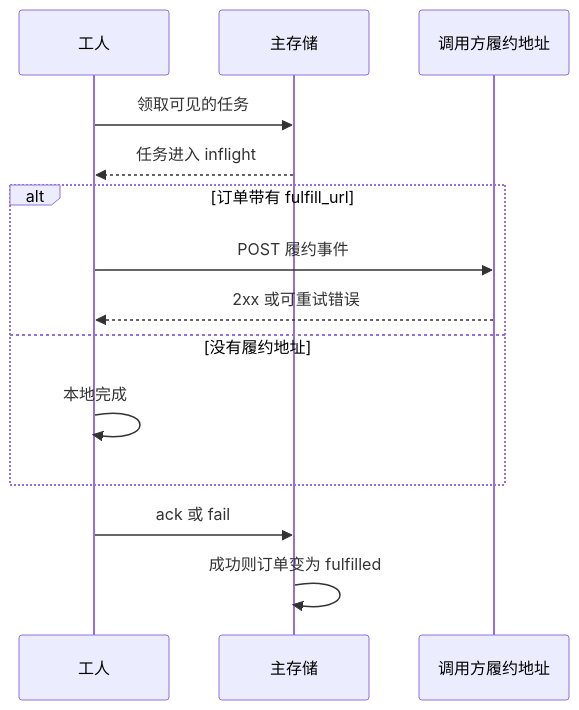
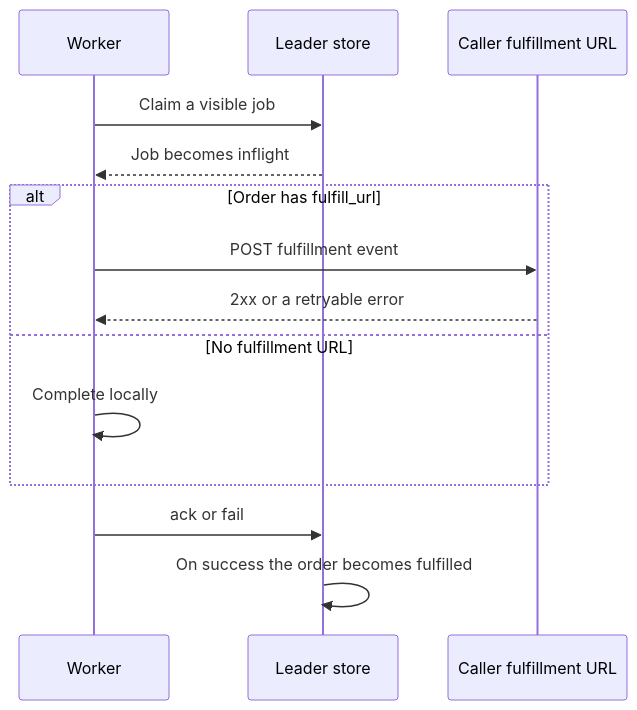
The fourth of 8 diagrams in docs/architecture.md (iamorangedad/OrangeDistributedSystem), drawn with Mermaid before and after one commit. The commit also changed other lines of this file and 52 other files, not shown here.

````diff
--- a/docs/architecture.md
+++ b/docs/architecture.md
@@ -102,16 +102,16 @@
 ```mermaid
 sequenceDiagram
-  participant W as 工人
-  participant S as 主存储
-  participant C as 调用方履约地址
-  W->>S: 领取可见的任务
-  S-->>W: 任务进入 inflight
-  alt 订单带有 fulfill_url
-    W->>C: POST 履约事件
-    C-->>W: 2xx 或可重试错误
-  else 没有履约地址
-    W->>W: 本地完成
+  participant W as Worker
+  participant S as Leader store
+  participant C as Caller fulfillment URL
+  W->>S: Claim a visible job
+  S-->>W: Job becomes inflight
+  alt Order has fulfill_url
+    W->>C: POST fulfillment event
+    C-->>W: 2xx or a retryable error
+  else No fulfillment URL
+    W->>W: Complete locally
   end
-  W->>S: ack 或 fail
-  S->>S: 成功则订单变为 fulfilled
+  W->>S: ack or fail
+  S->>S: On success the order becomes fulfilled
 ```
````
